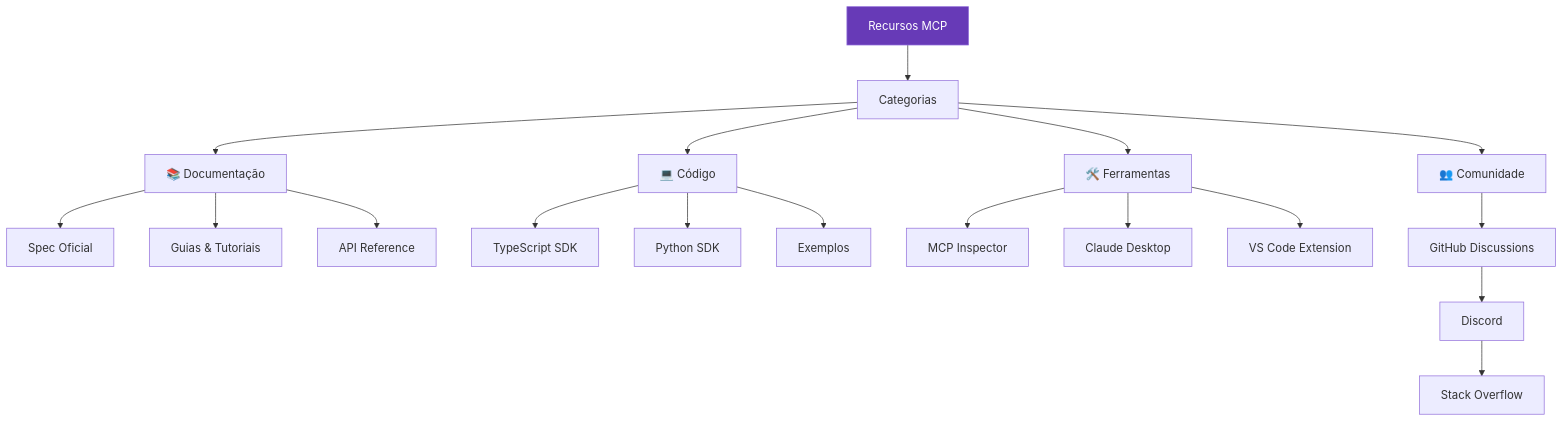
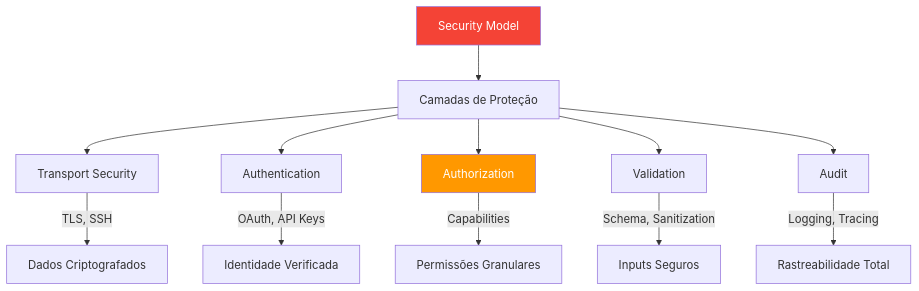
One commit to felipepimentel/my-public-notes changed diagram 20 of 39 in AI/Comunicação/MCP/00-mcp-presentation-zero to hero.md. Above: the diagram before and after it, drawn with Mermaid. The commit also changed other lines of this file, not shown here.

````diff
--- a/AI/Comunicação/MCP/00-mcp-presentation-zero to hero.md
+++ b/AI/Comunicação/MCP/00-mcp-presentation-zero to hero.md
@@ -679,27 +588,22 @@
 ```mermaid
-graph TD
-    RES[Recursos MCP] --> CAT[Categorias]
+graph TB
+    SEC[Security Model] --> LAYERS[Camadas de Proteção]
     
-    CAT --> DOCS[📚 Documentação]
-    CAT --> CODE[💻 Código]
-    CAT --> TOOLS[🛠️ Ferramentas]
-    CAT --> COMM[👥 Comunidade]
+    LAYERS --> L1[Transport Security]
+    L1 --> |"TLS, SSH"| ENCRYPT[Dados Criptografados]
     
-    DOCS --> D1[Spec Oficial]
-    DOCS --> D2[Guias & Tutoriais]
-    DOCS --> D3[API Reference]
+    LAYERS --> L2[Authentication]
+    L2 --> |"OAuth, API Keys"| AUTH[Identidade Verificada]
     
-    CODE --> C1[TypeScript SDK]
-    CODE --> C2[Python SDK]
-    CODE --> C3[Exemplos]
+    LAYERS --> L3[Authorization]
+    L3 --> |"Capabilities"| PERM[Permissões Granulares]
     
-    TOOLS --> T1[MCP Inspector]
-    TOOLS --> T2[Claude Desktop]
-    TOOLS --> T3[VS Code Extension]
+    LAYERS --> L4[Validation]
+    L4 --> |"Schema, Sanitization"| VALID[Inputs Seguros]
     
-    COMM --> CO1[GitHub Discussions]
-    CO1 --> CO2[Discord]
-    CO2 --> CO3[Stack Overflow]
+    LAYERS --> L5[Audit]
+    L5 --> |"Logging, Tracing"| AUDIT[Rastreabilidade Total]
     
-    style RES fill:#673ab7,color:#fff
+    style SEC fill:#f44336,color:#fff
+    style L3 fill:#ff9800,color:#fff
 ```
````
